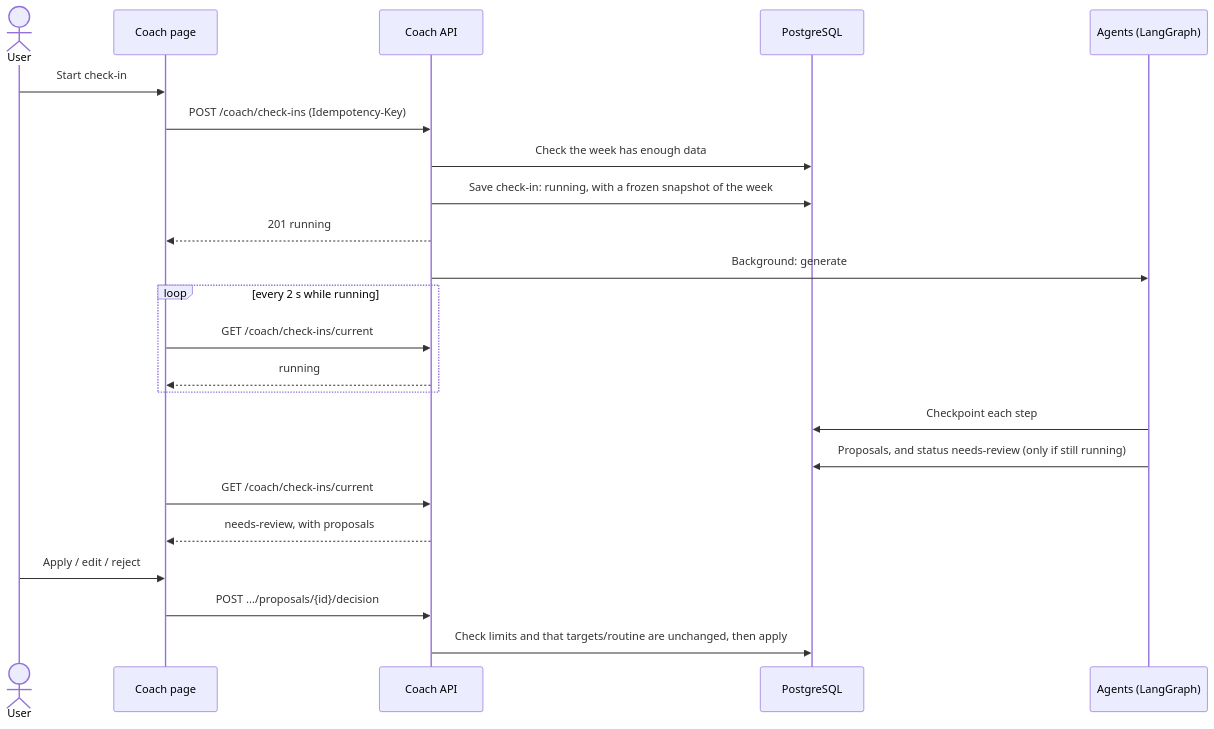
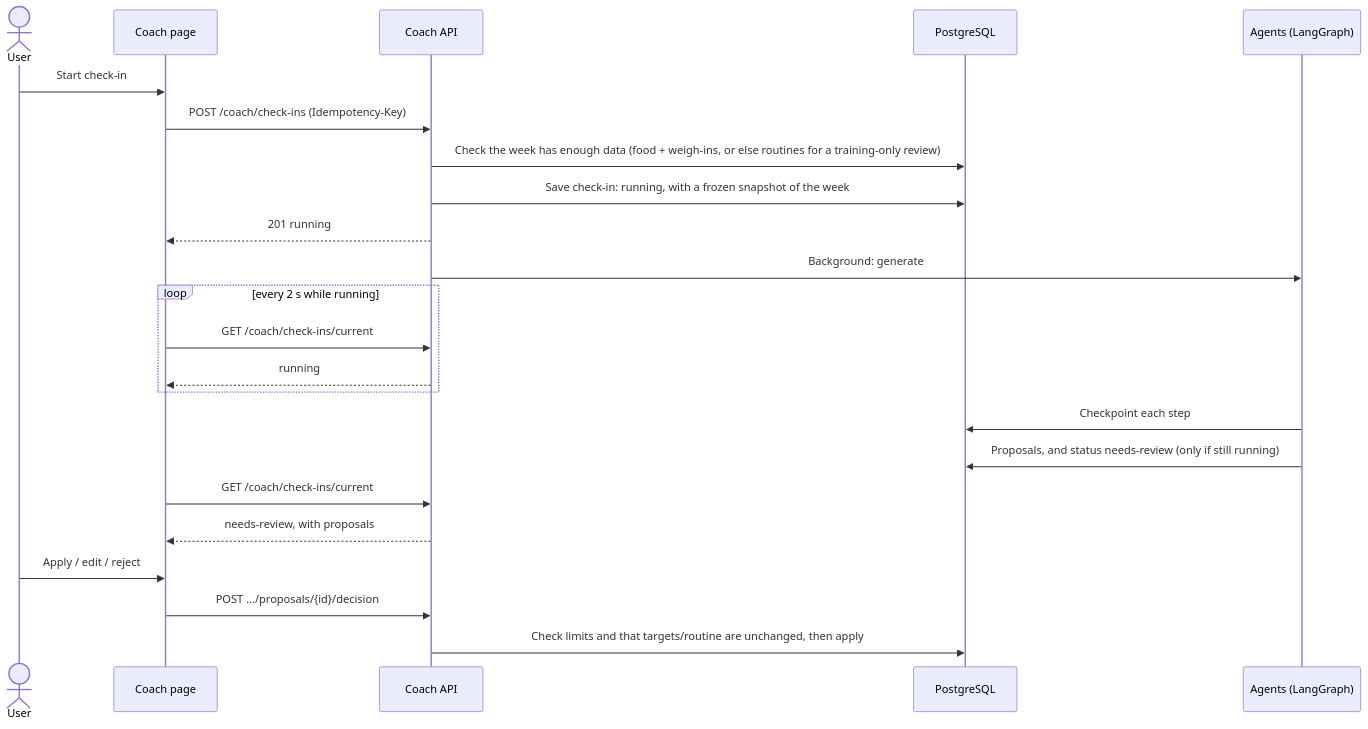
Before and after one commit to HProsperouS/MacroRep: the second of 2 diagrams in docs/architecture.md, drawn with Mermaid. The commit also changed 12 other files, not shown here.

Commit message:
Fix: Check ins will continue when food days or weigh ins are less than min days to look at only training days

````diff
--- a/docs/architecture.md
+++ b/docs/architecture.md
@@ -152,26 +152,26 @@
 ```mermaid
 sequenceDiagram
     actor U as User
     participant FE as Coach page
     participant API as Coach API
     participant DB as PostgreSQL
     participant G as Agents (LangGraph)
 
     U->>FE: Start check-in
     FE->>API: POST /coach/check-ins (Idempotency-Key)
-    API->>DB: Check the week has enough data
+    API->>DB: Check the week has enough data (food + weigh-ins, or else routines for a training-only review)
     API->>DB: Save check-in: running, with a frozen snapshot of the week
     API-->>FE: 201 running
     API->>G: Background: generate
     loop every 2 s while running
         FE->>API: GET /coach/check-ins/current
         API-->>FE: running
     end
     G->>DB: Checkpoint each step
     G->>DB: Proposals, and status needs-review (only if still running)
     FE->>API: GET /coach/check-ins/current
     API-->>FE: needs-review, with proposals
     U->>FE: Apply / edit / reject
     FE->>API: POST .../proposals/{id}/decision
     API->>DB: Check limits and that targets/routine are unchanged, then apply
 ```
````
